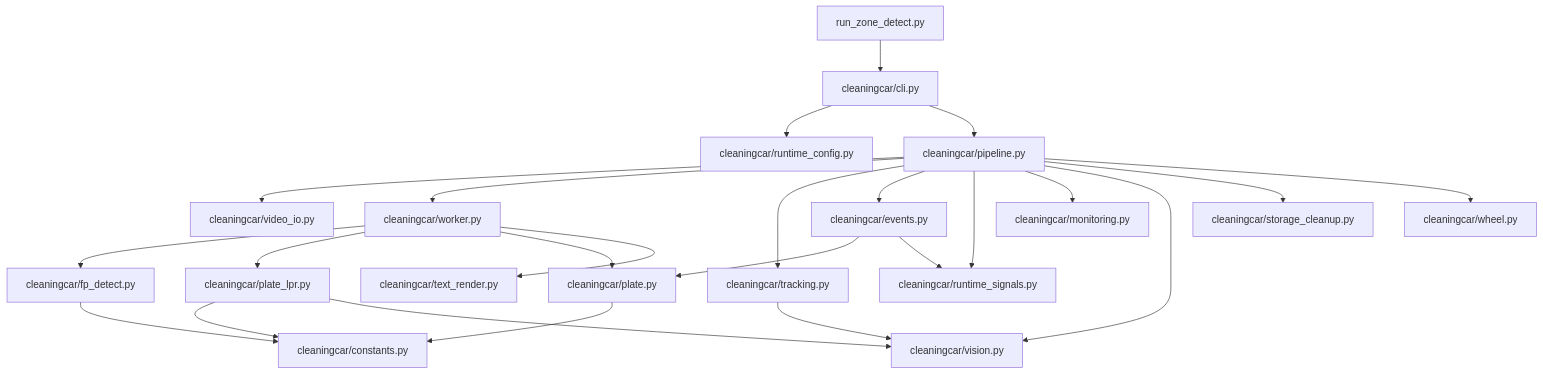
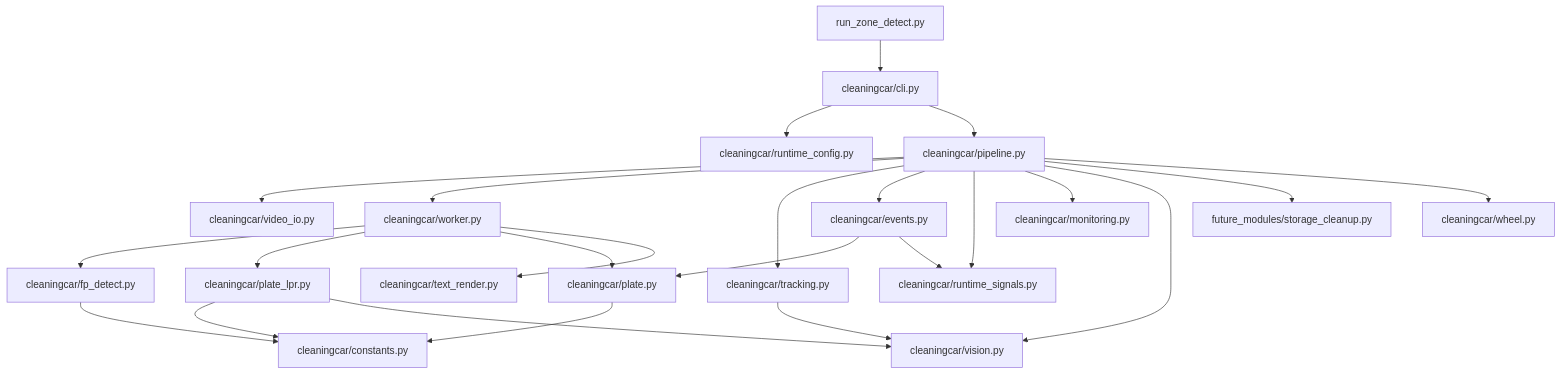
The diagram in cleaningcar/README.md (NanQING02/cleaningcar_v2), drawn with Mermaid before and after one commit. The commit also changed other lines of this file and 23 other files, not shown here.

````diff
--- a/cleaningcar/README.md
+++ b/cleaningcar/README.md
@@ -114,29 +113,29 @@
 ```mermaid
 flowchart TD
     A["run_zone_detect.py"] --> B["cleaningcar/cli.py"]
     B --> C["cleaningcar/runtime_config.py"]
     B --> D["cleaningcar/pipeline.py"]
 
     D --> E["cleaningcar/video_io.py"]
     D --> F["cleaningcar/worker.py"]
     D --> G["cleaningcar/tracking.py"]
     D --> H["cleaningcar/events.py"]
     D --> I["cleaningcar/runtime_signals.py"]
     D --> J["cleaningcar/monitoring.py"]
     D --> K["cleaningcar/vision.py"]
-    D --> L["cleaningcar/storage_cleanup.py"]
+    D --> L["future_modules/storage_cleanup.py"]
     D --> R["cleaningcar/wheel.py"]
 
     F --> M["cleaningcar/fp_detect.py"]
     F --> N["cleaningcar/plate_lpr.py"]
     F --> O["cleaningcar/plate.py"]
     F --> P["cleaningcar/text_render.py"]
 
     M --> Q["cleaningcar/constants.py"]
     N --> Q
     O --> Q
     H --> O
     H --> I
     G --> K
     N --> K
 ```
````
